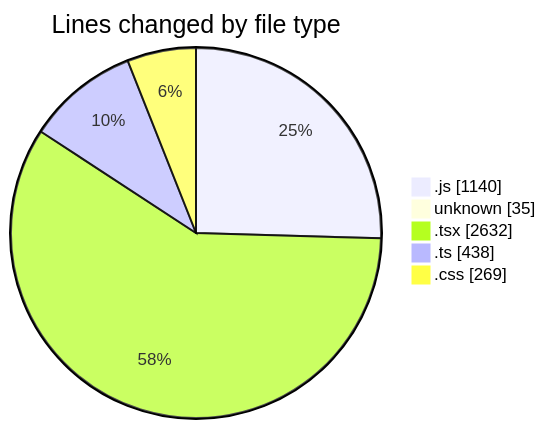
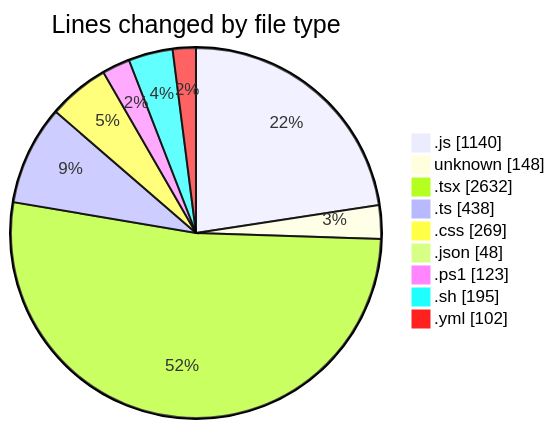
One commit to lephambinh05/code-tracking changed the first of 2 diagrams in 2025-08-06/napxuvn/README.md. Above: the diagram before and after it, drawn with Mermaid. The commit also changed other lines of this file and 1 other file, not shown here.

````diff
--- a/2025-08-06/napxuvn/README.md
+++ b/2025-08-06/napxuvn/README.md
@@ -71,9 +76,13 @@
 ```mermaid
 pie showData
 title Lines changed by file type
 ".js" : 1140
-"unknown" : 35
+"unknown" : 148
 ".tsx" : 2632
 ".ts" : 438
 ".css" : 269
+".json" : 48
+".ps1" : 123
+".sh" : 195
+".yml" : 102
 ```
````
